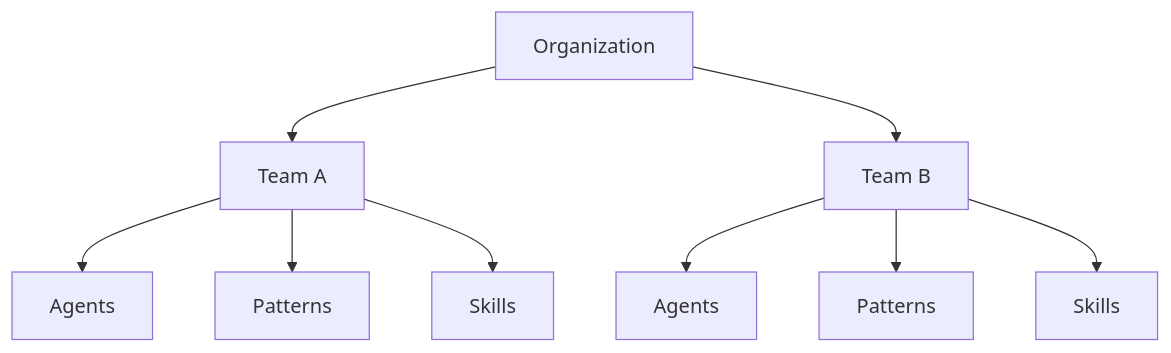
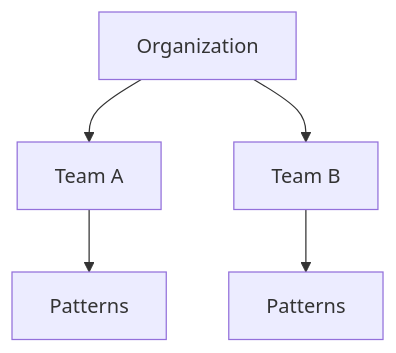
Before and after one commit to twistingmercury/mnemonic-docs: the second of 10 diagrams in docs/architecture/system/01-security-architecture.md, drawn with Mermaid. The commit also changed other lines of this file and 1 other file, not shown here.

Commit message:
docs: fix observability and security architecture for three-service topology

````diff
--- a/docs/architecture/system/01-security-architecture.md
+++ b/docs/architecture/system/01-security-architecture.md
@@ -156,12 +158,8 @@
 ```mermaid
 graph TB
     ORG[Organization]
     ORG --> TEAM1[Team A]
     ORG --> TEAM2[Team B]
-    TEAM1 --> R1[Agents]
-    TEAM1 --> R2[Patterns]
-    TEAM1 --> R3[Skills]
-    TEAM2 --> R4[Agents]
-    TEAM2 --> R5[Patterns]
-    TEAM2 --> R6[Skills]
+    TEAM1 --> R1[Patterns]
+    TEAM2 --> R2[Patterns]
 ```
````
